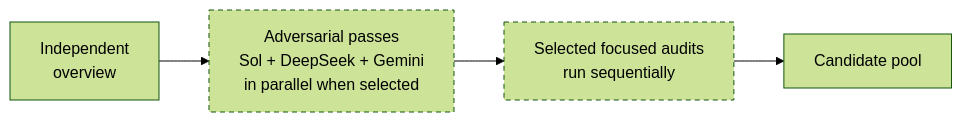
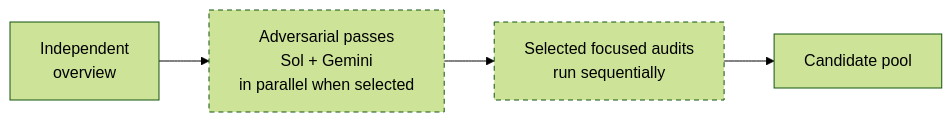
Before and after one commit to willcl-ark/nix: the third of 5 diagrams in pkgs/ralph/README.md, drawn with Mermaid (forest theme). The commit also changed other lines of this file and 10 other files, not shown here.

First line of the commit message:
ralph: remove the DeepSeek adversarial pass

````diff
--- a/pkgs/ralph/README.md
+++ b/pkgs/ralph/README.md
@@ -221,8 +221,8 @@
 ```mermaid
 flowchart LR
-    overview["Independent<br/>overview"] --> adversarial["Adversarial passes<br/>Sol + DeepSeek + Gemini<br/>in parallel when selected"]
+    overview["Independent<br/>overview"] --> adversarial["Adversarial passes<br/>Sol + Gemini<br/>in parallel when selected"]
     adversarial --> focused["Selected focused audits<br/>run sequentially"]
     focused --> pool["Candidate pool"]
     classDef optional stroke-dasharray: 5 4
     class adversarial,focused optional
 ```
````
